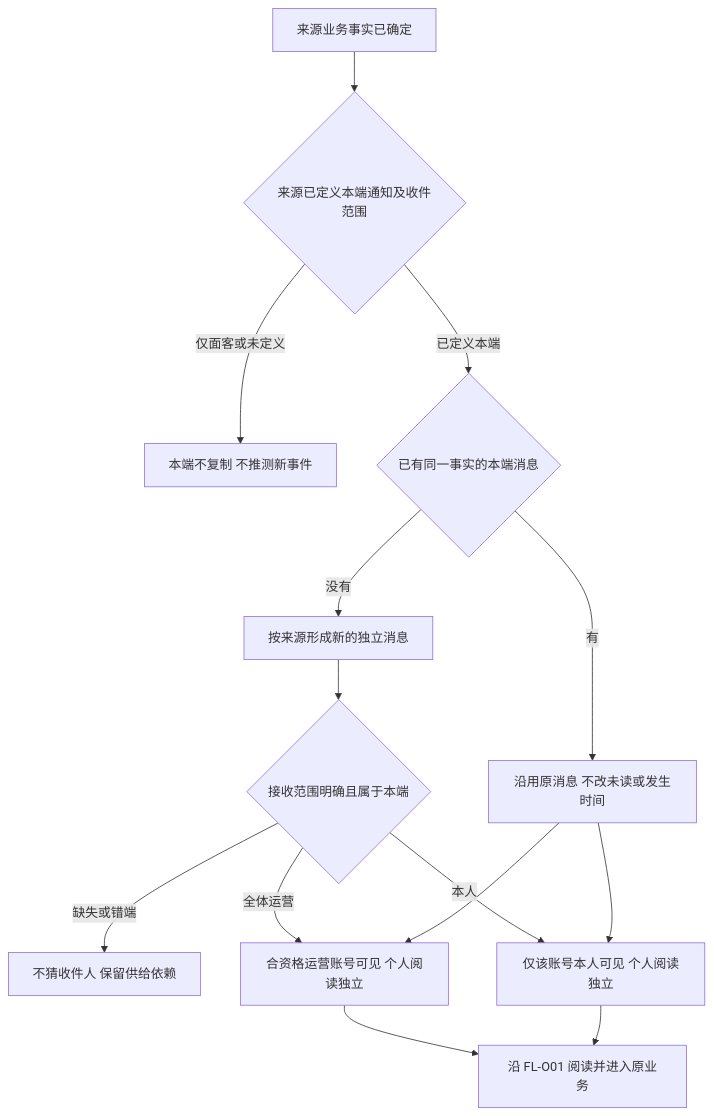
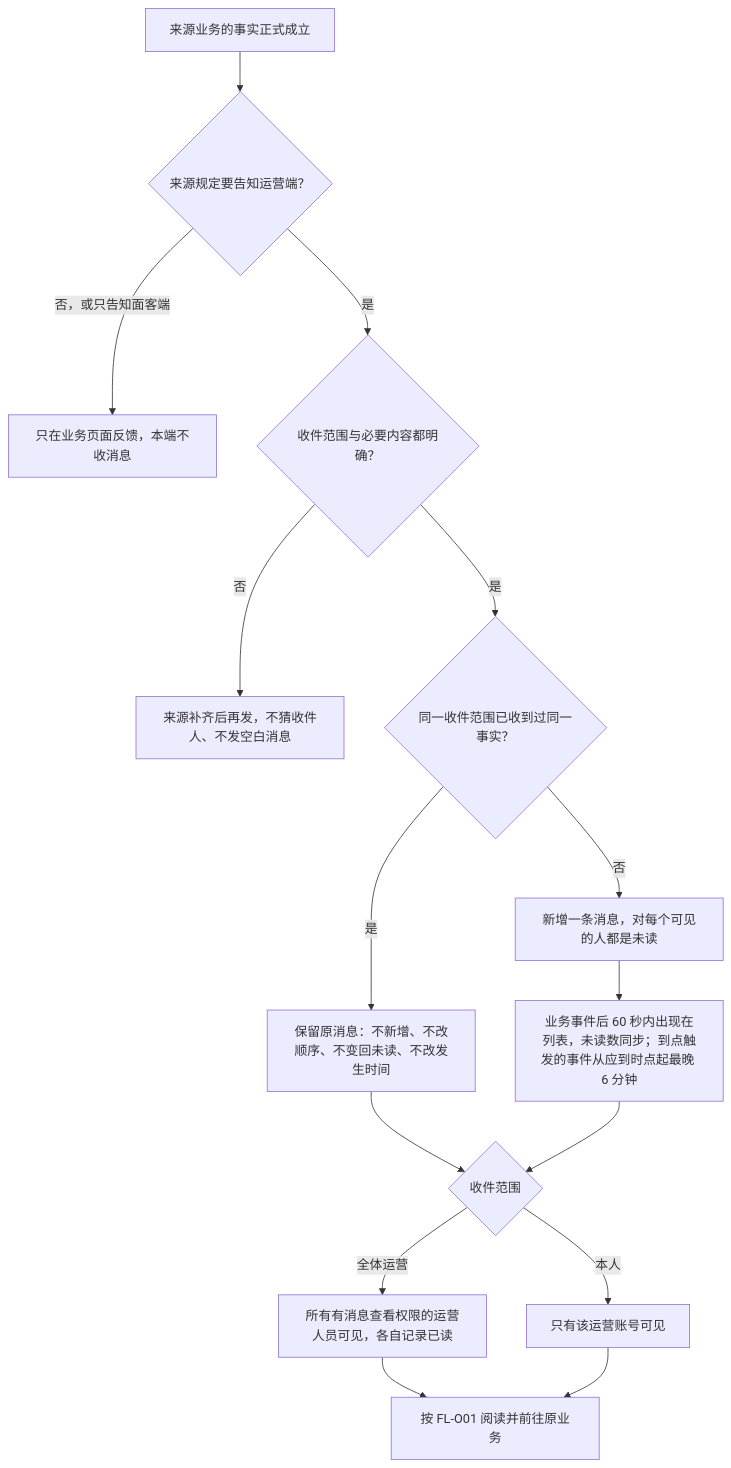
The second of 7 diagrams in lending-platform/PRD/运营端/07-运营端消息通知/02-运营端消息通知-流程图与状态机.md (wxblockchain/Chain-Financing), drawn with Mermaid before and after one commit. The commit also changed other lines of this file and 6 other files, not shown here.

````diff
--- a/lending-platform/PRD/运营端/07-运营端消息通知/02-运营端消息通知-流程图与状态机.md
+++ b/lending-platform/PRD/运营端/07-运营端消息通知/02-运营端消息通知-流程图与状态机.md
@@ -50,16 +46,17 @@
 ```mermaid
 flowchart TD
-    A[来源业务事实已确定] --> B{来源已定义本端通知及收件范围}
-    B -->|仅面客或未定义| X[本端不复制 不推测新事件]
-    B -->|已定义本端| C{已有同一事实的本端消息}
-    C -->|有| D[沿用原消息 不改未读或发生时间]
-    C -->|没有| E[按来源形成新的独立消息]
-    E --> F{接收范围明确且属于本端}
-    F -->|缺失或错端| Y[不猜收件人 保留供给依赖]
-    F -->|全体运营| G[合资格运营账号可见 个人阅读独立]
-    F -->|本人| H[仅该账号本人可见 个人阅读独立]
-    D --> G
-    D --> H
-    G --> I[沿 FL-O01 阅读并进入原业务]
-    H --> I
+    A["来源业务的事实正式成立"] --> B{"来源规定要告知运营端？"}
+    B -->|否，或只告知面客端| C["只在业务页面反馈，本端不收消息"]
+    B -->|是| E{"收件范围与必要内容都明确？"}
+    E -->|否| F["来源补齐后再发，不猜收件人、不发空白消息"]
+    E -->|是| G{"同一收件范围已收到过同一事实？"}
+    G -->|是| H["保留原消息：不新增、不改顺序、不变回未读、不改发生时间"]
+    G -->|否| I["新增一条消息，对每个可见的人都是未读"]
+    I --> J["业务事件后 60 秒内出现在列表，未读数同步；到点触发的事件从应到时点起最晚 6 分钟"]
+    H --> K{"收件范围"}
+    J --> K
+    K -->|全体运营| L["所有有消息查看权限的运营人员可见，各自记录已读"]
+    K -->|本人| M["只有该运营账号可见"]
+    L --> N["按 FL-O01 阅读并前往原业务"]
+    M --> N
 ```
````
